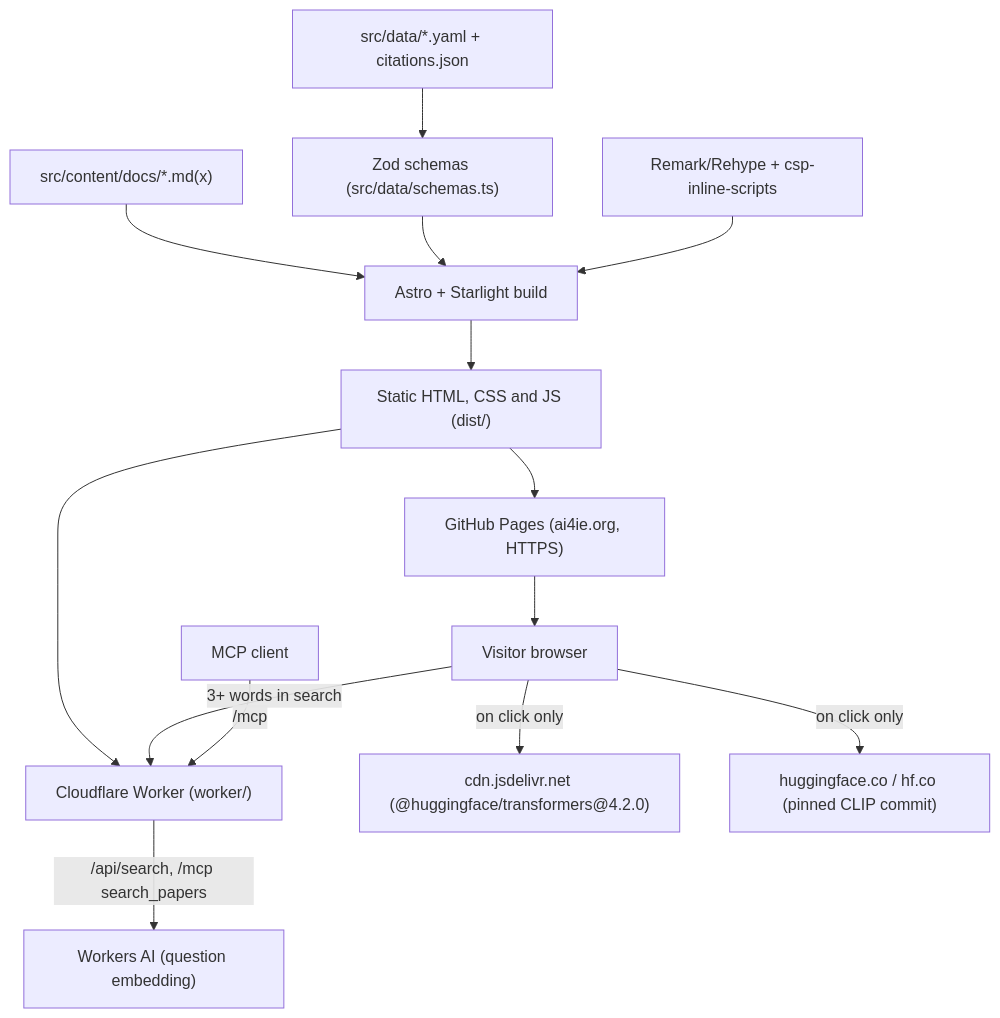
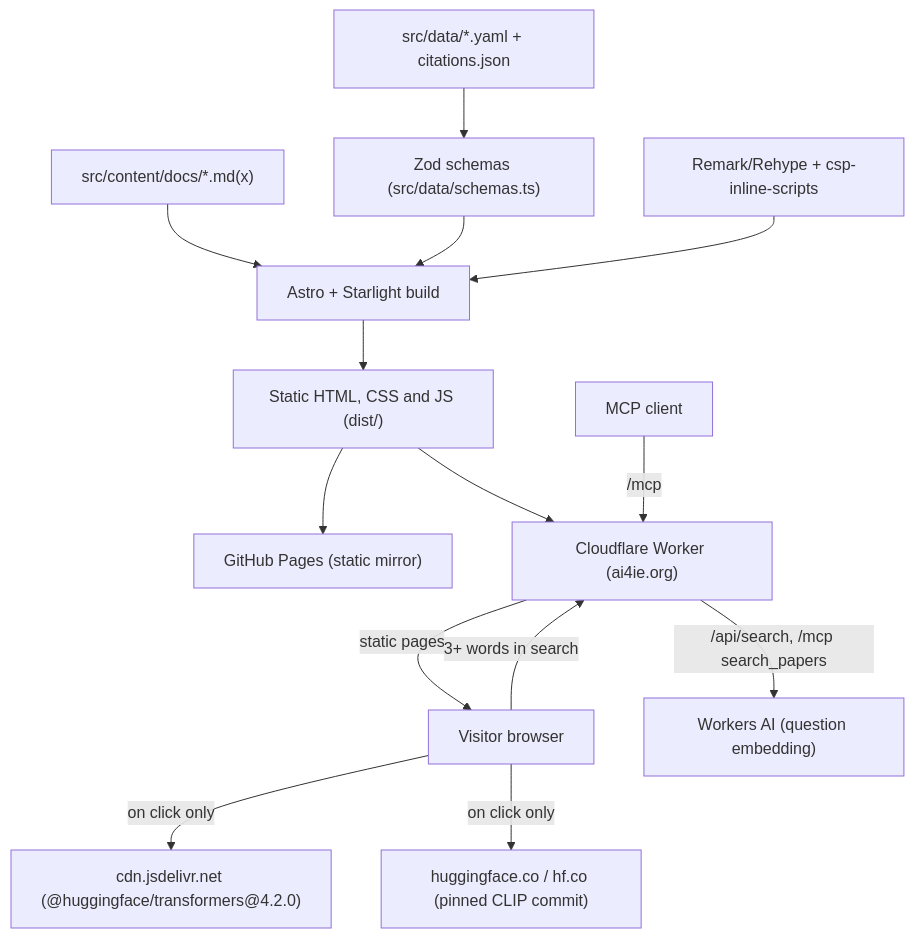
Before and after one commit to ammarkaskar/awesome-ai4ie: the diagram in ARCHITECTURE.md, drawn with Mermaid. The commit also changed other lines of this file and 4 other files, not shown here.

````diff
--- a/ARCHITECTURE.md
+++ b/ARCHITECTURE.md
@@ -15,16 +13,16 @@
 ```mermaid
 flowchart TD
     Data["src/data/*.yaml + citations.json"] --> Schemas["Zod schemas (src/data/schemas.ts)"]
     Docs["src/content/docs/*.md(x)"] --> Astro["Astro + Starlight build"]
     Schemas --> Astro
     Plugins["Remark/Rehype + csp-inline-scripts"] --> Astro
     Astro --> Dist["Static HTML, CSS and JS (dist/)"]
-    Dist --> Pages["GitHub Pages (ai4ie.org, HTTPS)"]
-    Pages --> Browser["Visitor browser"]
-    Dist --> Worker["Cloudflare Worker (worker/)"]
+    Dist --> Pages["GitHub Pages (static mirror)"]
+    Dist --> Worker["Cloudflare Worker (ai4ie.org)"]
+    Worker -->|static pages| Browser["Visitor browser"]
     Worker -->|/api/search, /mcp search_papers| AI["Workers AI (question embedding)"]
     Browser -->|3+ words in search| Worker
     Client["MCP client"] -->|/mcp| Worker
     Browser -->|on click only| CDN["cdn.jsdelivr.net (@huggingface/transformers@4.2.0)"]
     Browser -->|on click only| HF["huggingface.co / hf.co (pinned CLIP commit)"]
 ```
````
